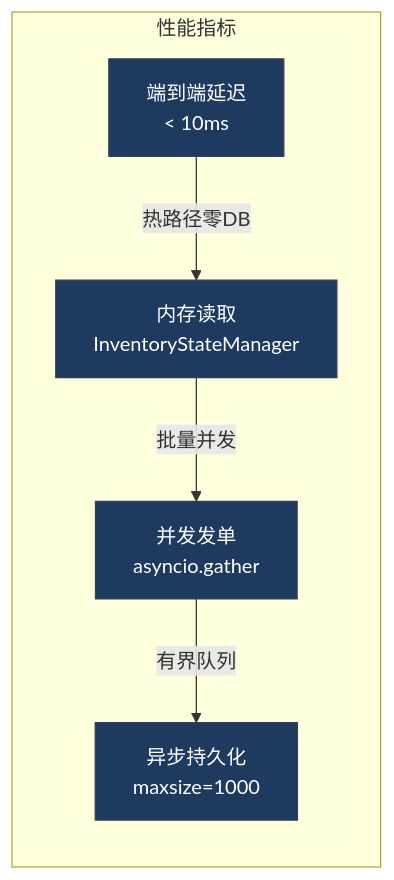
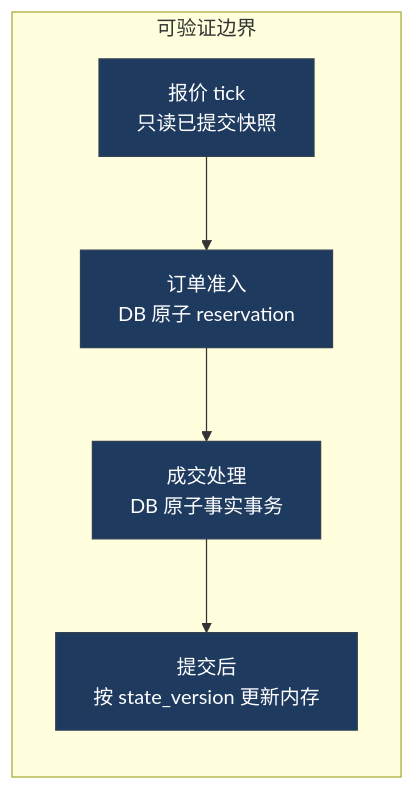
Before and after one commit to liu-kaining/PolyMatrixEngine: the second of 2 diagrams in spec/architecture_diagrams/04_tick_processing_flow.md, drawn with Mermaid. The commit also changed other lines of this file and 89 other files, not shown here.

````diff
--- a/spec/architecture_diagrams/04_tick_processing_flow.md
+++ b/spec/architecture_diagrams/04_tick_processing_flow.md
@@ -116,22 +116,20 @@
 ```mermaid
 %%{init: {'theme': 'base', 'themeVariables': {
   'primaryColor': '#1e3a5f',
   'primaryTextColor': '#ffffff',
   'primaryBorderColor': '#334155',
   'lineColor': '#64748b'
 }}%%
 flowchart LR
-    subgraph Metrics["性能指标"]
-        A["端到端延迟<br/>< 10ms"]
-        B["内存读取<br/>InventoryStateManager"]
-        C["并发发单<br/>asyncio.gather"]
-        D["异步持久化<br/>maxsize=1000"]
+    subgraph Metrics["可验证边界"]
+        A["报价 tick<br/>只读已提交快照"]
+        B["订单准入<br/>DB 原子 reservation"]
+        C["成交处理<br/>DB 原子事实事务"]
+        D["提交后<br/>按 state_version 更新内存"]
     end
 
-    A -->|"热路径零DB"| B
-    B -->|"批量并发"| C
-    C -->|"有界队列"| D
+    A --> B --> C --> D
 
     classDef metric fill:#1e3a5f,stroke:#334155,color:#fff
     class A,B,C,D metric
 ```
````
